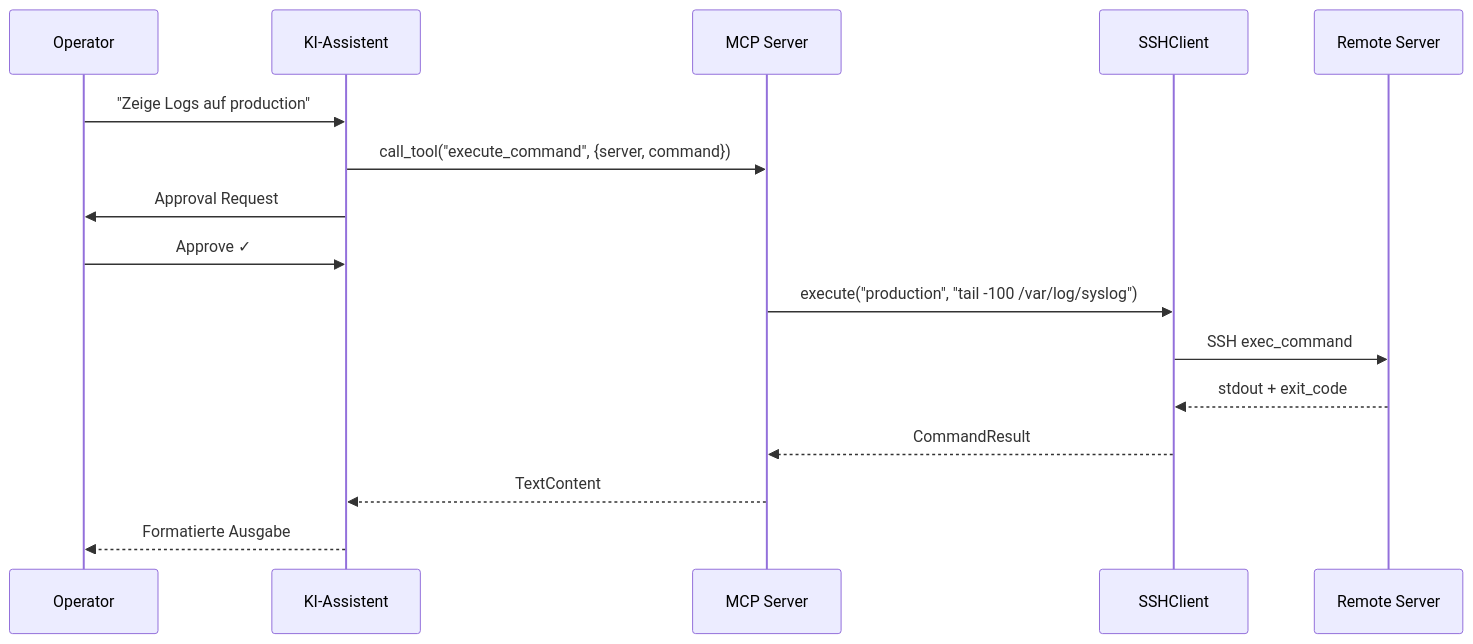
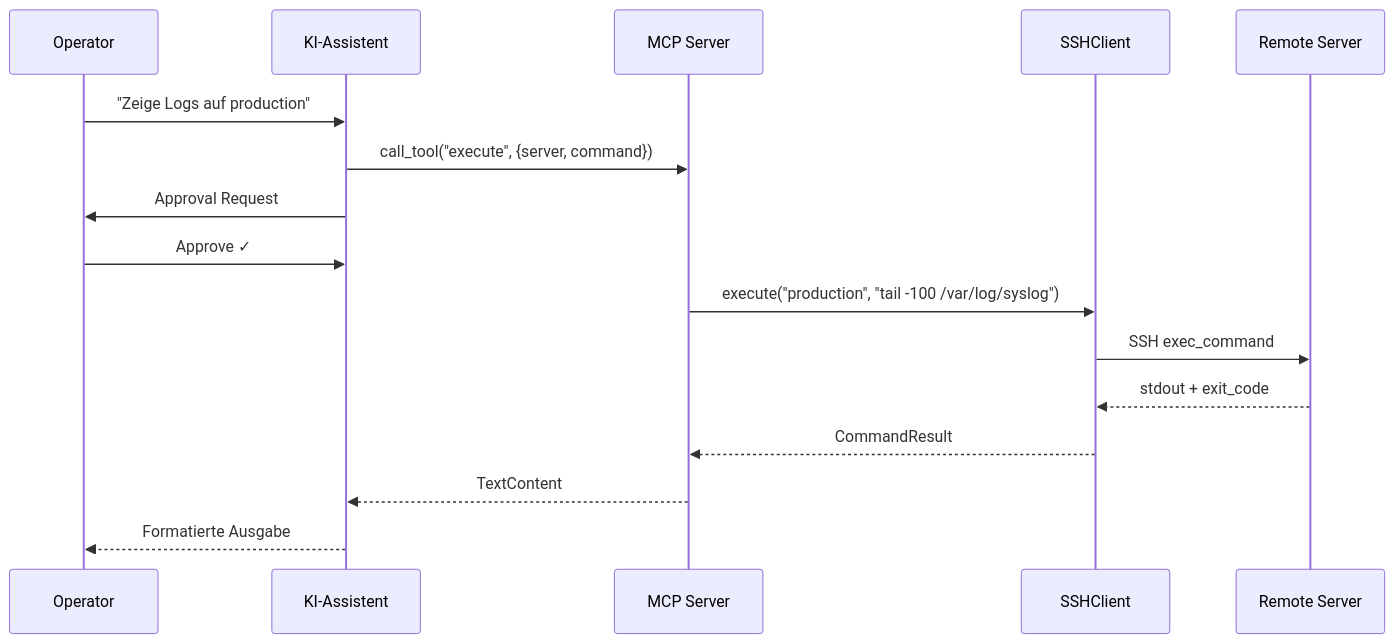
Before and after one commit to intershopper/remote-admin-mcp: the fifth of 8 diagrams in docs/architecture.md, drawn with Mermaid. The commit also changed other lines of this file, not shown here.

Commit message:
docs: update arc42 architecture for consolidated tools and large file handling

````diff
--- a/docs/architecture.md
+++ b/docs/architecture.md
@@ -147,19 +179,19 @@
 ```mermaid
 sequenceDiagram
     participant U as Operator
     participant AI as KI-Assistent
     participant MCP as MCP Server
     participant SSH as SSHClient
     participant S as Remote Server
 
     U->>AI: "Zeige Logs auf production"
-    AI->>MCP: call_tool("execute_command", {server, command})
+    AI->>MCP: call_tool("execute", {server, command})
     AI->>U: Approval Request
     U->>AI: Approve ✓
     MCP->>SSH: execute("production", "tail -100 /var/log/syslog")
     SSH->>S: SSH exec_command
     S-->>SSH: stdout + exit_code
     SSH-->>MCP: CommandResult
     MCP-->>AI: TextContent
     AI-->>U: Formatierte Ausgabe
 ```
````
